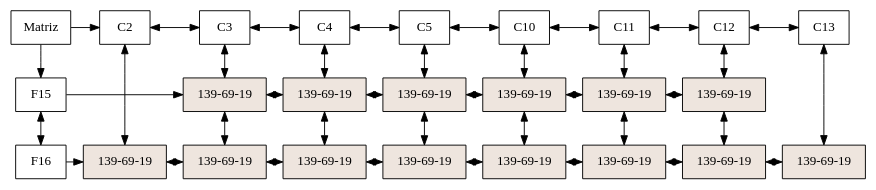
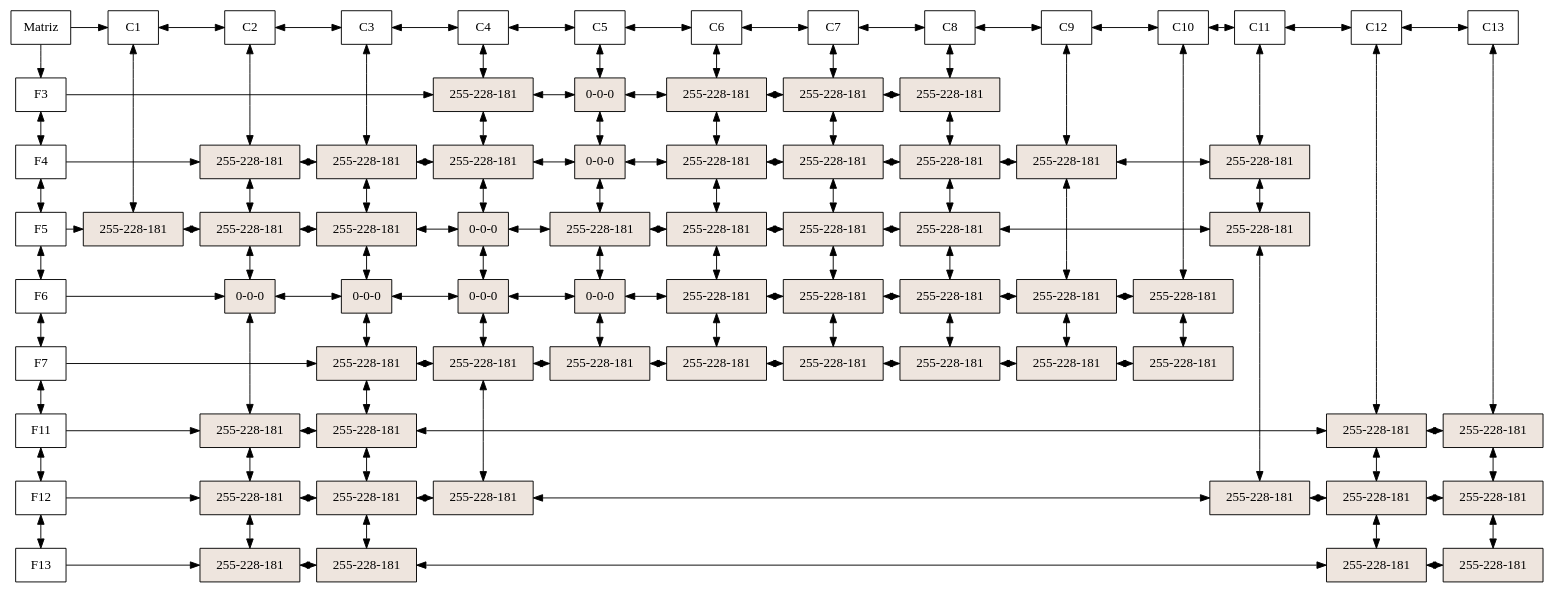
One commit to Eduardo01004/EDD_2S2019_PY1_201612124 changed the diagram in Proyecto1/Matriz.dot. Above: the diagram before and after it, drawn with Graphviz. The commit also changed 33 other files, not shown here.

```diff
--- a/Proyecto1/Matriz.dot
+++ b/Proyecto1/Matriz.dot
@@ -1,69 +1,217 @@
 digraph G{
 node [shape = box] 
 raiz[label="Matriz"  group=1];
-12571472 [label="F15" group = 1]; 
-12571632 [label="F16" group = 1]; 
-12571472->12571632[dir=both];
-12571504 [label="C2" group = 4]; 
-12571120 [label="C3" group = 5]; 
-12571696 [label="C4" group = 6]; 
-12571248 [label="C5" group = 7]; 
-12571280 [label="C10" group = 12]; 
-12571408 [label="C11" group = 13]; 
-12571440 [label="C12" group = 14]; 
-12571568 [label="C13" group = 15]; 
-12571504->12571120[dir=both];
-12571120->12571696[dir=both];
-12571696->12571248[dir=both];
-12571248->12571280[dir=both];
-12571280->12571408[dir=both];
-12571408->12571440[dir=both];
-12571440->12571568[dir=both];
-raiz -> 12571472;
-raiz -> 12571504;
-{ rank  = same; raiz 12571504; 12571120; 12571696; 12571248; 12571280; 12571408; 12571440; 12571568; }
-12574288 [style=filled,fillcolor=seashell2,label= "139-69-19" group = 4 ]; 
-12574680 [style=filled,fillcolor=seashell2,label= "139-69-19" group = 5 ]; 
-12575464 [style=filled,fillcolor=seashell2,label= "139-69-19" group = 5 ]; 
-12574400 [style=filled,fillcolor=seashell2,label= "139-69-19" group = 6 ]; 
-12575688 [style=filled,fillcolor=seashell2,label= "139-69-19" group = 6 ]; 
-12574120 [style=filled,fillcolor=seashell2,label= "139-69-19" group = 7 ]; 
-12575296 [style=filled,fillcolor=seashell2,label= "139-69-19" group = 7 ]; 
-12574624 [style=filled,fillcolor=seashell2,label= "139-69-19" group = 12 ]; 
-12574960 [style=filled,fillcolor=seashell2,label= "139-69-19" group = 12 ]; 
-12574232 [style=filled,fillcolor=seashell2,label= "139-69-19" group = 13 ]; 
-12574848 [style=filled,fillcolor=seashell2,label= "139-69-19" group = 13 ]; 
-12574736 [style=filled,fillcolor=seashell2,label= "139-69-19" group = 14 ]; 
-12574512 [style=filled,fillcolor=seashell2,label= "139-69-19" group = 14 ]; 
-12575016 [style=filled,fillcolor=seashell2,label= "139-69-19" group = 15 ]; 
-12571472->12574680;
-12574680->12574400[dir=both];
-12574400->12574120[dir=both];
-12574120->12574624[dir=both];
-12574624->12574232[dir=both];
-12574232->12574736[dir=both];
-{ rank = same; 12571472; 12574680; 12574400; 12574120; 12574624; 12574232; 12574736; }
-12571632->12574288;
-12574288->12575464[dir=both];
-12575464->12575688[dir=both];
-12575688->12575296[dir=both];
-12575296->12574960[dir=both];
-12574960->12574848[dir=both];
-12574848->12574512[dir=both];
-12574512->12575016[dir=both];
-{ rank = same; 12571632; 12574288; 12575464; 12575688; 12575296; 12574960; 12574848; 12574512; 12575016; }
-12571504->12574288[dir=both];
-12571120->12574680[dir=both];
-12574680->12575464[dir=both];
-12571696->12574400[dir=both];
-12574400->12575688[dir=both];
-12571248->12574120[dir=both];
-12574120->12575296[dir=both];
-12571280->12574624[dir=both];
-12574624->12574960[dir=both];
-12571408->12574232[dir=both];
-12574232->12574848[dir=both];
-12571440->12574736[dir=both];
-12574736->12574512[dir=both];
-12571568->12575016[dir=both];
+11653080 [label="F3" group = 1]; 
+11652632 [label="F4" group = 1]; 
+11652472 [label="F5" group = 1]; 
+11652728 [label="F6" group = 1]; 
+11652952 [label="F7" group = 1]; 
+11652504 [label="F11" group = 1]; 
+11652536 [label="F12" group = 1]; 
+11652600 [label="F13" group = 1]; 
+11653080->11652632[dir=both];
+11652632->11652472[dir=both];
+11652472->11652728[dir=both];
+11652728->11652952[dir=both];
+11652952->11652504[dir=both];
+11652504->11652536[dir=both];
+11652536->11652600[dir=both];
+11652888 [label="C1" group = 3]; 
+11652824 [label="C2" group = 4]; 
+11652792 [label="C3" group = 5]; 
+11653368 [label="C4" group = 6]; 
+11652856 [label="C5" group = 7]; 
+11652760 [label="C6" group = 8]; 
+11652568 [label="C7" group = 9]; 
+11652984 [label="C8" group = 10]; 
+11653240 [label="C9" group = 11]; 
+11652664 [label="C10" group = 12]; 
+11652920 [label="C11" group = 13]; 
+11652696 [label="C12" group = 14]; 
+11654328 [label="C13" group = 15]; 
+11652888->11652824[dir=both];
+11652824->11652792[dir=both];
+11652792->11653368[dir=both];
+11653368->11652856[dir=both];
+11652856->11652760[dir=both];
+11652760->11652568[dir=both];
+11652568->11652984[dir=both];
+11652984->11653240[dir=both];
+11653240->11652664[dir=both];
+11652664->11652920[dir=both];
+11652920->11652696[dir=both];
+11652696->11654328[dir=both];
+raiz -> 11653080;
+raiz -> 11652888;
+{ rank  = same; raiz 11652888; 11652824; 11652792; 11653368; 11652856; 11652760; 11652568; 11652984; 11653240; 11652664; 11652920; 11652696; 11654328; }
+11660336 [style=filled,fillcolor=seashell2,label= "255-228-181" group = 3 ]; 
+11658600 [style=filled,fillcolor=seashell2,label= "255-228-181" group = 4 ]; 
+11659272 [style=filled,fillcolor=seashell2,label= "255-228-181" group = 4 ]; 
+11658656 [style=filled,fillcolor=seashell2,label= "0-0-0" group = 4 ]; 
+11659552 [style=filled,fillcolor=seashell2,label= "255-228-181" group = 4 ]; 
+11660448 [style=filled,fillcolor=seashell2,label= "255-228-181" group = 4 ]; 
+11660392 [style=filled,fillcolor=seashell2,label= "255-228-181" group = 4 ]; 
+11660168 [style=filled,fillcolor=seashell2,label= "255-228-181" group = 5 ]; 
+11659104 [style=filled,fillcolor=seashell2,label= "255-228-181" group = 5 ]; 
+11659160 [style=filled,fillcolor=seashell2,label= "0-0-0" group = 5 ]; 
+11659888 [style=filled,fillcolor=seashell2,label= "255-228-181" group = 5 ]; 
+11659496 [style=filled,fillcolor=seashell2,label= "255-228-181" group = 5 ]; 
+11659944 [style=filled,fillcolor=seashell2,label= "255-228-181" group = 5 ]; 
+11658544 [style=filled,fillcolor=seashell2,label= "255-228-181" group = 5 ]; 
+11660280 [style=filled,fillcolor=seashell2,label= "255-228-181" group = 6 ]; 
+11658768 [style=filled,fillcolor=seashell2,label= "255-228-181" group = 6 ]; 
+11658824 [style=filled,fillcolor=seashell2,label= "0-0-0" group = 6 ]; 
+11660112 [style=filled,fillcolor=seashell2,label= "0-0-0" group = 6 ]; 
+11659832 [style=filled,fillcolor=seashell2,label= "255-228-181" group = 6 ]; 
+11659048 [style=filled,fillcolor=seashell2,label= "255-228-181" group = 6 ]; 
+11658992 [style=filled,fillcolor=seashell2,label= "0-0-0" group = 7 ]; 
+11659720 [style=filled,fillcolor=seashell2,label= "0-0-0" group = 7 ]; 
+11659776 [style=filled,fillcolor=seashell2,label= "255-228-181" group = 7 ]; 
+11659384 [style=filled,fillcolor=seashell2,label= "0-0-0" group = 7 ]; 
+11659608 [style=filled,fillcolor=seashell2,label= "255-228-181" group = 7 ]; 
+11659440 [style=filled,fillcolor=seashell2,label= "255-228-181" group = 8 ]; 
+11659328 [style=filled,fillcolor=seashell2,label= "255-228-181" group = 8 ]; 
+11660000 [style=filled,fillcolor=seashell2,label= "255-228-181" group = 8 ]; 
+11659216 [style=filled,fillcolor=seashell2,label= "255-228-181" group = 8 ]; 
+11660056 [style=filled,fillcolor=seashell2,label= "255-228-181" group = 8 ]; 
+11658712 [style=filled,fillcolor=seashell2,label= "255-228-181" group = 9 ]; 
+11660224 [style=filled,fillcolor=seashell2,label= "255-228-181" group = 9 ]; 
+11659664 [style=filled,fillcolor=seashell2,label= "255-228-181" group = 9 ]; 
+11658880 [style=filled,fillcolor=seashell2,label= "255-228-181" group = 9 ]; 
+11658936 [style=filled,fillcolor=seashell2,label= "255-228-181" group = 9 ]; 
+11656768 [style=filled,fillcolor=seashell2,label= "255-228-181" group = 10 ]; 
+11657104 [style=filled,fillcolor=seashell2,label= "255-228-181" group = 10 ]; 
+11658336 [style=filled,fillcolor=seashell2,label= "255-228-181" group = 10 ]; 
+11658392 [style=filled,fillcolor=seashell2,label= "255-228-181" group = 10 ]; 
+11658280 [style=filled,fillcolor=seashell2,label= "255-228-181" group = 10 ]; 
+11658112 [style=filled,fillcolor=seashell2,label= "255-228-181" group = 11 ]; 
+11658224 [style=filled,fillcolor=seashell2,label= "255-228-181" group = 11 ]; 
+11656488 [style=filled,fillcolor=seashell2,label= "255-228-181" group = 11 ]; 
+11656880 [style=filled,fillcolor=seashell2,label= "255-228-181" group = 12 ]; 
+11658056 [style=filled,fillcolor=seashell2,label= "255-228-181" group = 12 ]; 
+11656824 [style=filled,fillcolor=seashell2,label= "255-228-181" group = 13 ]; 
+11657944 [style=filled,fillcolor=seashell2,label= "255-228-181" group = 13 ]; 
+11657048 [style=filled,fillcolor=seashell2,label= "255-228-181" group = 13 ]; 
+11657832 [style=filled,fillcolor=seashell2,label= "255-228-181" group = 14 ]; 
+11657384 [style=filled,fillcolor=seashell2,label= "255-228-181" group = 14 ]; 
+11657888 [style=filled,fillcolor=seashell2,label= "255-228-181" group = 14 ]; 
+11657328 [style=filled,fillcolor=seashell2,label= "255-228-181" group = 15 ]; 
+11656992 [style=filled,fillcolor=seashell2,label= "255-228-181" group = 15 ]; 
+11656712 [style=filled,fillcolor=seashell2,label= "255-228-181" group = 15 ]; 
+11653080->11660280;
+11660280->11658992[dir=both];
+11658992->11659440[dir=both];
+11659440->11658712[dir=both];
+11658712->11656768[dir=both];
+{ rank = same; 11653080; 11660280; 11658992; 11659440; 11658712; 11656768; }
+11652632->11658600;
+11658600->11660168[dir=both];
+11660168->11658768[dir=both];
+11658768->11659720[dir=both];
+11659720->11659328[dir=both];
+11659328->11660224[dir=both];
+11660224->11657104[dir=both];
+11657104->11658112[dir=both];
+11658112->11656824[dir=both];
+{ rank = same; 11652632; 11658600; 11660168; 11658768; 11659720; 11659328; 11660224; 11657104; 11658112; 11656824; }
+11652472->11660336;
+11660336->11659272[dir=both];
+11659272->11659104[dir=both];
+11659104->11658824[dir=both];
+11658824->11659776[dir=both];
+11659776->11660000[dir=both];
+11660000->11659664[dir=both];
+11659664->11658336[dir=both];
+11658336->11657944[dir=both];
+{ rank = same; 11652472; 11660336; 11659272; 11659104; 11658824; 11659776; 11660000; 11659664; 11658336; 11657944; }
+11652728->11658656;
+11658656->11659160[dir=both];
+11659160->11660112[dir=both];
+11660112->11659384[dir=both];
+11659384->11659216[dir=both];
+11659216->11658880[dir=both];
+11658880->11658392[dir=both];
+11658392->11658224[dir=both];
+11658224->11656880[dir=both];
+{ rank = same; 11652728; 11658656; 11659160; 11660112; 11659384; 11659216; 11658880; 11658392; 11658224; 11656880; }
+11652952->11659888;
+11659888->11659832[dir=both];
+11659832->11659608[dir=both];
+11659608->11660056[dir=both];
+11660056->11658936[dir=both];
+11658936->11658280[dir=both];
+11658280->11656488[dir=both];
+11656488->11658056[dir=both];
+{ rank = same; 11652952; 11659888; 11659832; 11659608; 11660056; 11658936; 11658280; 11656488; 11658056; }
+11652504->11659552;
+11659552->11659496[dir=both];
+11659496->11657832[dir=both];
+11657832->11657328[dir=both];
+{ rank = same; 11652504; 11659552; 11659496; 11657832; 11657328; }
+11652536->11660448;
+11660448->11659944[dir=both];
+11659944->11659048[dir=both];
+11659048->11657048[dir=both];
+11657048->11657384[dir=both];
+11657384->11656992[dir=both];
+{ rank = same; 11652536; 11660448; 11659944; 11659048; 11657048; 11657384; 11656992; }
+11652600->11660392;
+11660392->11658544[dir=both];
+11658544->11657888[dir=both];
+11657888->11656712[dir=both];
+{ rank = same; 11652600; 11660392; 11658544; 11657888; 11656712; }
+11652888->11660336[dir=both];
+11652824->11658600[dir=both];
+11658600->11659272[dir=both];
+11659272->11658656[dir=both];
+11658656->11659552[dir=both];
+11659552->11660448[dir=both];
+11660448->11660392[dir=both];
+11652792->11660168[dir=both];
+11660168->11659104[dir=both];
+11659104->11659160[dir=both];
+11659160->11659888[dir=both];
+11659888->11659496[dir=both];
+11659496->11659944[dir=both];
+11659944->11658544[dir=both];
+11653368->11660280[dir=both];
+11660280->11658768[dir=both];
+11658768->11658824[dir=both];
+11658824->11660112[dir=both];
+11660112->11659832[dir=both];
+11659832->11659048[dir=both];
+11652856->11658992[dir=both];
+11658992->11659720[dir=both];
+11659720->11659776[dir=both];
+11659776->11659384[dir=both];
+11659384->11659608[dir=both];
+11652760->11659440[dir=both];
+11659440->11659328[dir=both];
+11659328->11660000[dir=both];
+11660000->11659216[dir=both];
+11659216->11660056[dir=both];
+11652568->11658712[dir=both];
+11658712->11660224[dir=both];
+11660224->11659664[dir=both];
+11659664->11658880[dir=both];
+11658880->11658936[dir=both];
+11652984->11656768[dir=both];
+11656768->11657104[dir=both];
+11657104->11658336[dir=both];
+11658336->11658392[dir=both];
+11658392->11658280[dir=both];
+11653240->11658112[dir=both];
+11658112->11658224[dir=both];
+11658224->11656488[dir=both];
+11652664->11656880[dir=both];
+11656880->11658056[dir=both];
+11652920->11656824[dir=both];
+11656824->11657944[dir=both];
+11657944->11657048[dir=both];
+11652696->11657832[dir=both];
+11657832->11657384[dir=both];
+11657384->11657888[dir=both];
+11654328->11657328[dir=both];
+11657328->11656992[dir=both];
+11656992->11656712[dir=both];
 }
```
